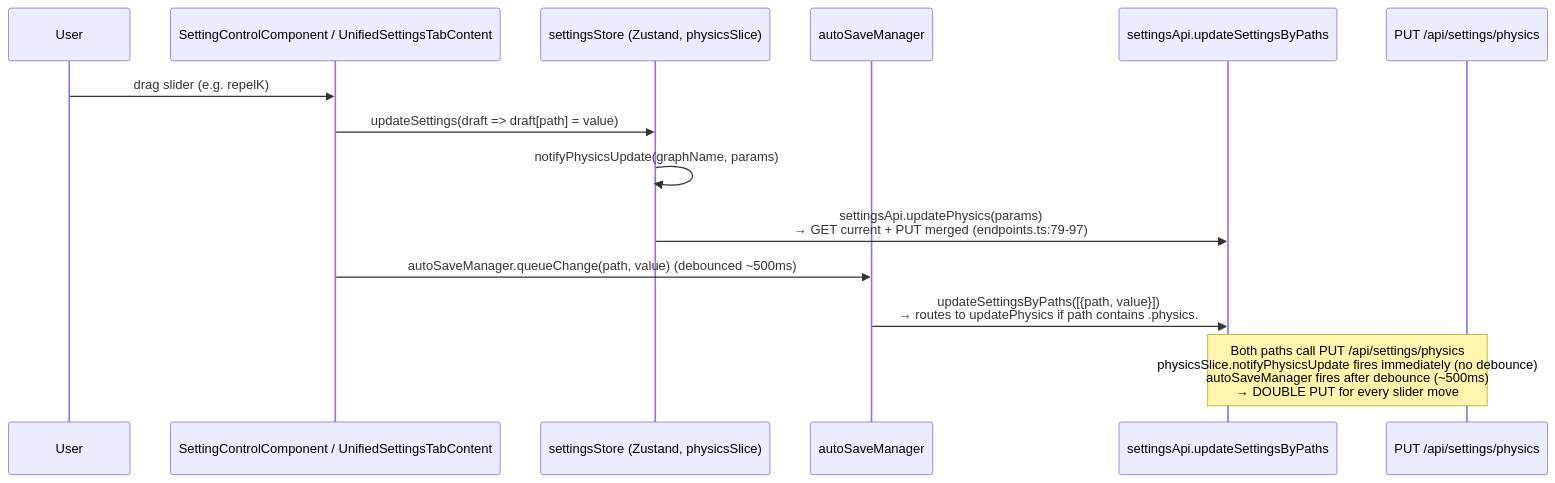
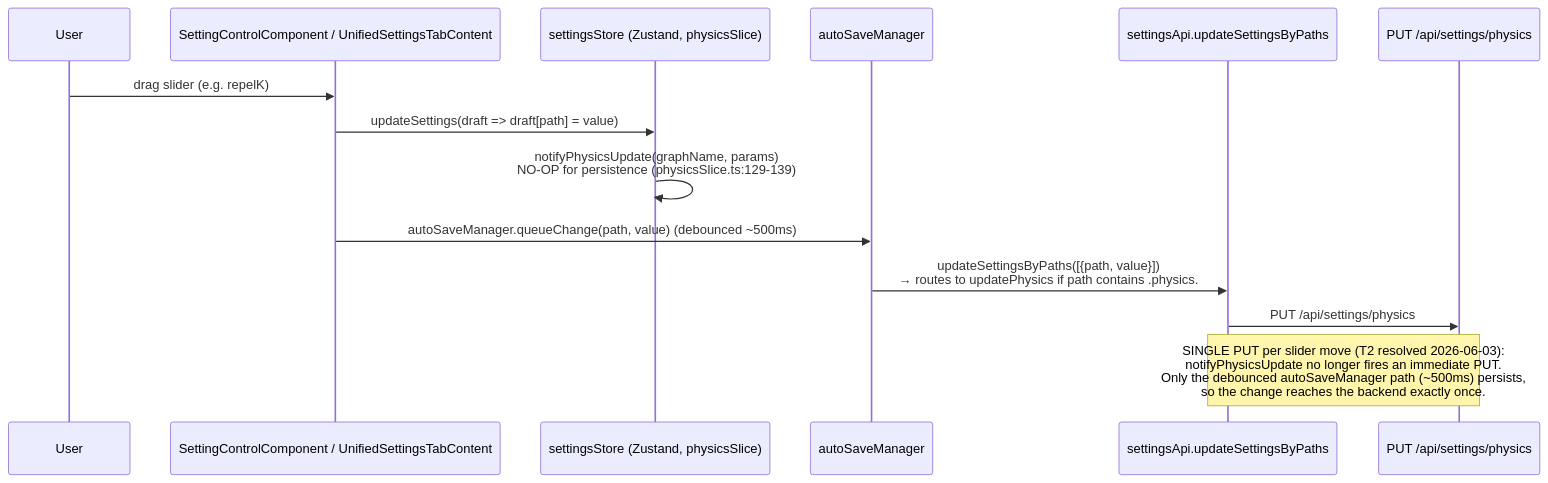
The sixth of 7 diagrams in docs/architecture/diagrams/03-interaction-events.md (shaneholloman/logseq-spring-thing), drawn with Mermaid before and after one commit. The commit also changed other lines of this file and 7 other files, not shown here.

````diff
--- a/docs/architecture/diagrams/03-interaction-events.md
+++ b/docs/architecture/diagrams/03-interaction-events.md
@@ -199,19 +199,19 @@
 ```mermaid
 sequenceDiagram
     participant User
     participant Slider as SettingControlComponent / UnifiedSettingsTabContent
     participant Store as settingsStore (Zustand, physicsSlice)
     participant ASM as autoSaveManager
     participant API as settingsApi.updateSettingsByPaths
     participant Server as PUT /api/settings/physics
 
     User->>Slider: drag slider (e.g. repelK)
     Slider->>Store: updateSettings(draft => draft[path] = value)
-    Store->>Store: notifyPhysicsUpdate(graphName, params)
-    Store->>API: settingsApi.updatePhysics(params)<br/>→ GET current + PUT merged (endpoints.ts:79-97)
+    Store->>Store: notifyPhysicsUpdate(graphName, params)<br/>NO-OP for persistence (physicsSlice.ts:129-139)
 
     Slider->>ASM: autoSaveManager.queueChange(path, value) (debounced ~500ms)
     ASM->>API: updateSettingsByPaths([{path, value}])<br/>→ routes to updatePhysics if path contains .physics.
+    API->>Server: PUT /api/settings/physics
 
-    Note over API,Server: Both paths call PUT /api/settings/physics<br/>physicsSlice.notifyPhysicsUpdate fires immediately (no debounce)<br/>autoSaveManager fires after debounce (~500ms)<br/>→ DOUBLE PUT for every slider move
+    Note over API,Server: SINGLE PUT per slider move (T2 resolved 2026-06-03):<br/>notifyPhysicsUpdate no longer fires an immediate PUT.<br/>Only the debounced autoSaveManager path (~500ms) persists,<br/>so the change reaches the backend exactly once.
 ```
````
